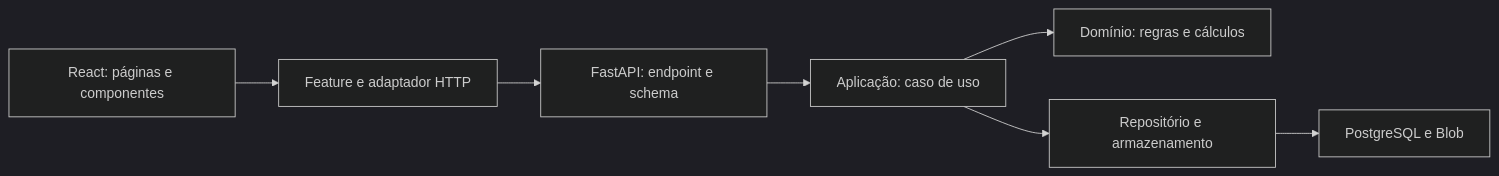
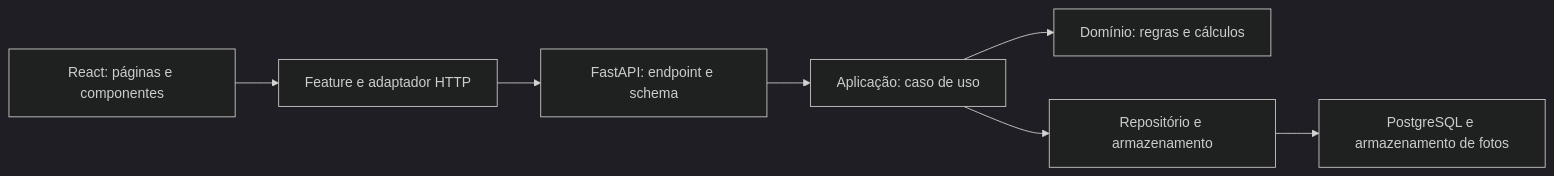
The diagram in docs/arquitetura.md (HalissonPiov/moschos-pecuaria), drawn with Mermaid (dark theme) before and after one commit. The commit also changed other lines of this file, not shown here.

```diff
--- a/docs/arquitetura.md
+++ b/docs/arquitetura.md
@@ -14,9 +14,9 @@
 ~~~mermaid
 flowchart LR
   UI[React: páginas e componentes] --> Feature[Feature e adaptador HTTP]
   Feature --> API[FastAPI: endpoint e schema]
   API --> UseCase[Aplicação: caso de uso]
   UseCase --> Domain[Domínio: regras e cálculos]
   UseCase --> Ports[Repositório e armazenamento]
-  Ports --> Infra[PostgreSQL e Blob]
+  Ports --> Infra[PostgreSQL e armazenamento de fotos]
 ~~~
```
